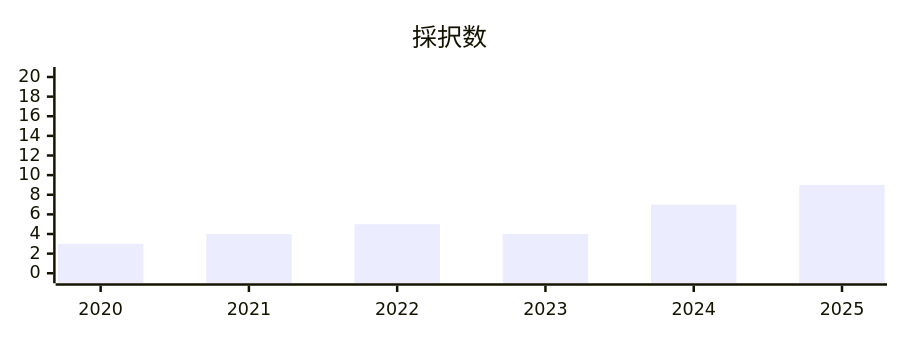
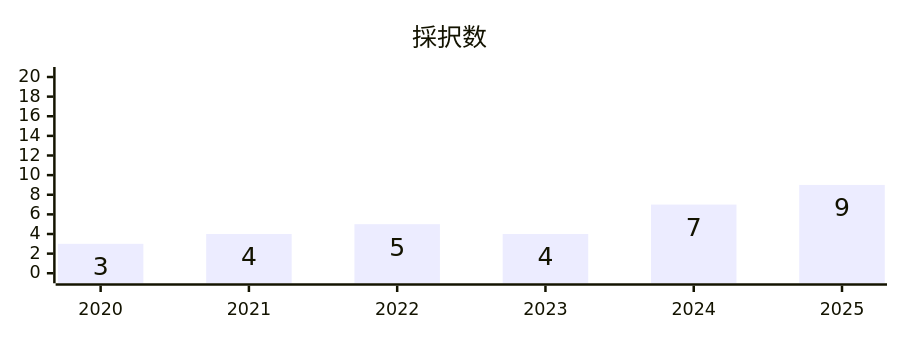
Diagram 20 of 21 in articles/iosdc-2025-cfp.md (psbss/blog), drawn with Mermaid before and after one commit. The commit also changed other lines of this file, not shown here.

````diff
--- a/articles/iosdc-2025-cfp.md
+++ b/articles/iosdc-2025-cfp.md
@@ -377,12 +394,13 @@
 ```mermaid
 ---
 config:
     xyChart:
         height: 250
+        showDataLabel: true
 ---
 xychart-beta
     title "採択数"
     x-axis [2020, 2021, 2022, 2023, 2024, 2025]
     y-axis 0 --> 20
     bar [3, 4, 5, 4, 7, 9]
 ```
````
